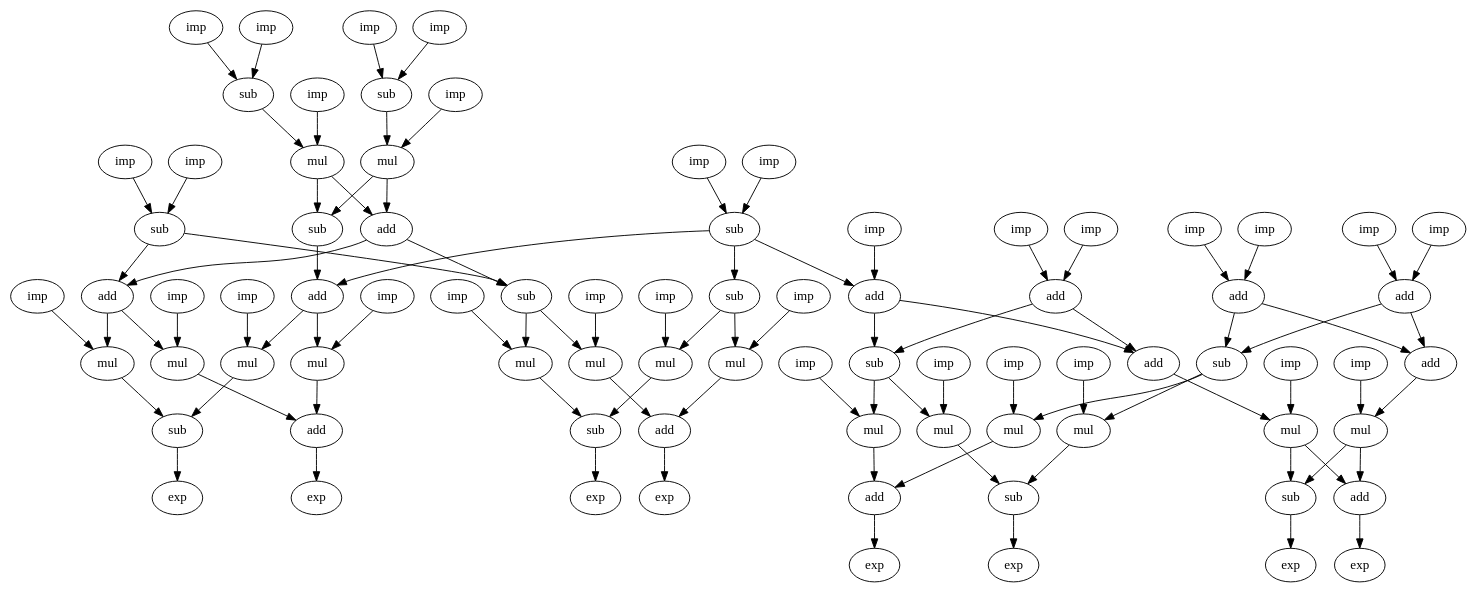
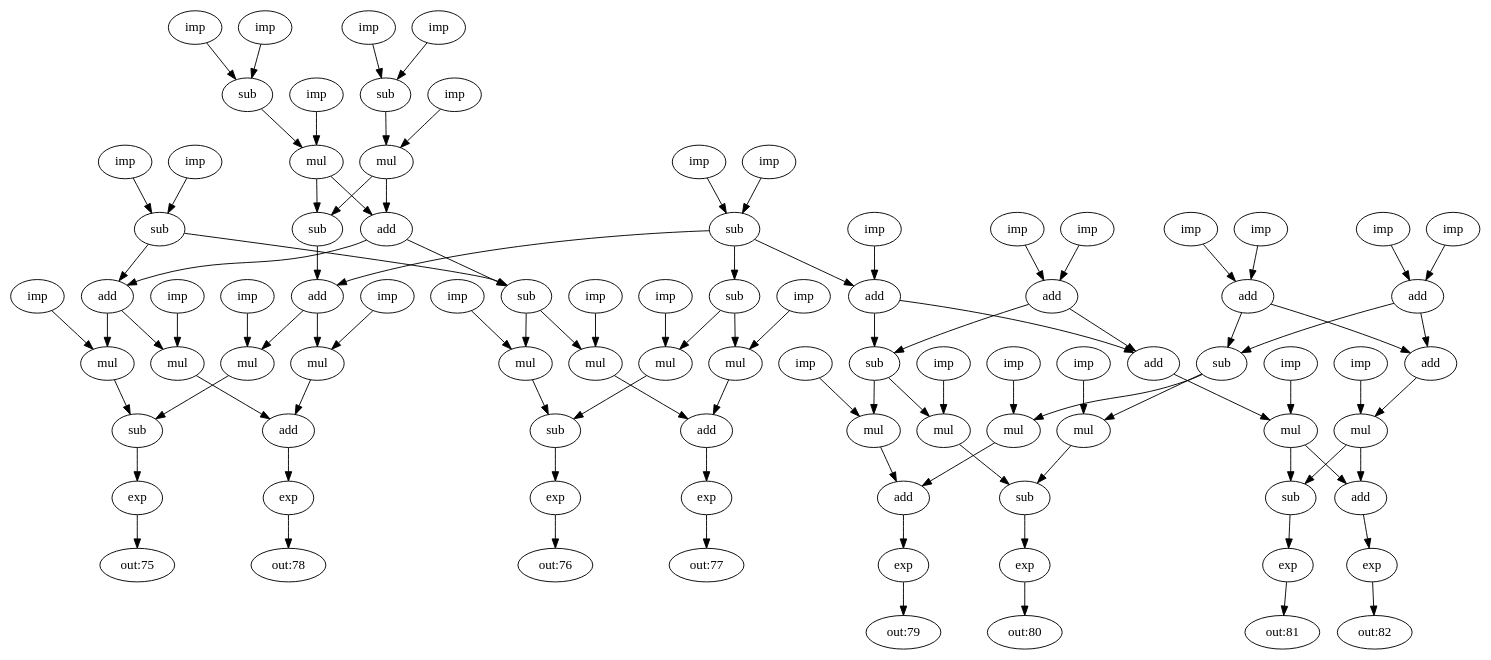
The diagram in dot_dac/cgra/cosine2.dot (canesche/nvcc_colab_icpp2020), drawn with Graphviz before and after one commit. The commit also changed 106 other files, not shown here.

```diff
--- a/dot_dac/cgra/cosine2.dot
+++ b/dot_dac/cgra/cosine2.dot
@@ -1,174 +1,190 @@
-digraph cosine2 {
-    1 [label = imp];
-    2 [label = imp];
-    3 [label = sub];
-    4 [label = imp];
-    5 [label = imp];
-    6 [label = sub];
-    7 [label = imp];
-    8 [label = imp];
-    9 [label = sub];
-    10 [label = imp];
-    11 [label = imp];
-    12 [label = sub];
-    14 [label = imp];
-    15 [label = add];
-    16 [label = imp];
-    17 [label = imp];
-    18 [label = add];
-    19 [label = imp];
-    20 [label = imp];
-    21 [label = add];
-    22 [label = imp];
-    23 [label = imp];
-    24 [label = add];
-    25 [label = imp];
-    26 [label = mul];
-    27 [label = imp];
-    28 [label = mul];
-    29 [label = add];
-    30 [label = sub];
-    31 [label = add];
-    32 [label = sub];
-    33 [label = sub];
-    34 [label = add];
-    35 [label = imp];
-    36 [label = mul];
-    37 [label = imp];
-    38 [label = mul];
-    39 [label = imp];
-    40 [label = mul];
-    41 [label = imp];
-    42 [label = mul];
-    43 [label = imp];
-    44 [label = mul];
-    45 [label = imp];
-    46 [label = mul];
-    47 [label = imp];
-    48 [label = mul];
-    49 [label = imp];
-    50 [label = mul];
-    51 [label = sub];
-    52 [label = sub];
-    53 [label = add];
-    54 [label = add];
-    55 [label = sub];
-    56 [label = sub];
-    57 [label = add];
-    58 [label = add];
-    59 [label = imp];
-    60 [label = mul];
-    61 [label = imp];
-    62 [label = mul];
-    63 [label = imp];
-    64 [label = mul];
-    65 [label = imp];
-    66 [label = mul];
-    67 [label = imp];
-    68 [label = mul];
-    69 [label = imp];
-    70 [label = mul];
-    71 [label = add];
-    72 [label = sub];
-    73 [label = sub];
-    74 [label = add];
-    75 [label = exp];
-    76 [label = exp];
-    77 [label = exp];
-    78 [label = exp];
-    79 [label = exp];
-    80 [label = exp];
-    81 [label = exp];
-    82 [label = exp];
-    1 -> 3 [name=1];
-    2 -> 3 [name=2];
-    3 -> 31 [name=3];
-    3 -> 32 [name=4]; 
-    4 -> 6 [name=5];
-    5 -> 6 [name=6];
-    6 -> 26 [name=7];
-    7 -> 9 [name=8];
-    8 -> 9 [name=9];
-    9 -> 28 [name=10];
-    10 -> 12 [name=11];
-    11 -> 12 [name=12];
-    12 -> 34 [name=13];
-    12 -> 33 [name=14];
-    12 -> 15 [name=15];
-    14 -> 15 [name=16];
-    15 -> 55 [name=17];
-    15 -> 58 [name=18];
-    16 -> 18 [name=19];
-    17 -> 18 [name=20];
-    18 -> 57 [name=21];
-    18 -> 56 [name=22];
-    19 -> 21 [name=23];
-    20 -> 21 [name=24];
-    21 -> 57 [name=25];
-    21 -> 56 [name=26];
-    22 -> 24 [name=27];
-    23 -> 24 [name=28];
-    24 -> 55 [name=29];
-    24 -> 58 [name=30];
-    25 -> 26 [name=31];
-    26 -> 30 [name=32];
-    26 -> 29 [name=33];
-    27 -> 28 [name=34];
-    28 -> 30 [name=35];
-    28 -> 29 [name=36];
-    29 -> 31 [name=37];
-    29 -> 32 [name=38];
-    30 -> 34 [name=39];
-    31 -> 36 [name=40];
-    31 -> 38 [name=41];
-    32 -> 40 [name=42];
-    32 -> 42 [name=43];
-    33 -> 44 [name=44];
-    33 -> 46 [name=45];
-    34 -> 48 [name=46];
-    34 -> 50 [name=47];
-    35 -> 36 [name=48];
-    36 -> 51 [name=49];
-    37 -> 38 [name=50];
-    38 -> 54 [name=51];
-    39 -> 40 [name=52];
-    40 -> 52 [name=53];
-    41 -> 42 [name=54];
-    42 -> 53 [name=55];
-    43 -> 44 [name=56];
-    44 -> 52 [name=57];
-    45 -> 46 [name=58];
-    46 -> 53 [name=59];
-    47 -> 48 [name=60];
-    48 -> 51 [name=61];
-    49 -> 50 [name=62];
-    50 -> 54 [name=63];
-    51 -> 75 [name=64];
-    52 -> 76 [name=65];
-    53 -> 77 [name=66];
-    54 -> 78 [name=67];
-    55 -> 60 [name=68];
-    55 -> 62 [name=69];
-    56 -> 66 [name=70];
-    56 -> 64 [name=71];
-    57 -> 68 [name=72];
-    58 -> 70 [name=73];
-    59 -> 60 [name=74];
-    60 -> 71 [name=75];
-    61 -> 62 [name=76];
-    62 -> 72 [name=77];
-    63 -> 64 [name=78];
-    64 -> 71 [name=79];
-    65 -> 66 [name=80];
-    66 -> 72 [name=81];
-    67 -> 68 [name=82];
-    68 -> 73 [name=83];
-    68 -> 74 [name=84];
-    69 -> 70 [name=85];
-    70 -> 73 [name=86];
-    70 -> 74 [name=87];
-    71 -> 79 [name=88];
-    72 -> 80 [name=89];
-    73 -> 81 [name=90];
-    74 -> 82 [name=91];
+strict digraph "cosine2" {
+1 [label=imp];
+2 [label=imp];
+3 [label=sub];
+4 [label=imp];
+5 [label=imp];
+6 [label=sub];
+7 [label=imp];
+8 [label=imp];
+9 [label=sub];
+10 [label=imp];
+11 [label=imp];
+12 [label=sub];
+14 [label=imp];
+15 [label=add];
+16 [label=imp];
+17 [label=imp];
+18 [label=add];
+19 [label=imp];
+20 [label=imp];
+21 [label=add];
+22 [label=imp];
+23 [label=imp];
+24 [label=add];
+25 [label=imp];
+26 [label=mul];
+27 [label=imp];
+28 [label=mul];
+29 [label=add];
+30 [label=sub];
+31 [label=add];
+32 [label=sub];
+33 [label=sub];
+34 [label=add];
+35 [label=imp];
+36 [label=mul];
+37 [label=imp];
+38 [label=mul];
+39 [label=imp];
+40 [label=mul];
+41 [label=imp];
+42 [label=mul];
+43 [label=imp];
+44 [label=mul];
+45 [label=imp];
+46 [label=mul];
+47 [label=imp];
+48 [label=mul];
+49 [label=imp];
+50 [label=mul];
+51 [label=sub];
+52 [label=sub];
+53 [label=add];
+54 [label=add];
+55 [label=sub];
+56 [label=sub];
+57 [label=add];
+58 [label=add];
+59 [label=imp];
+60 [label=mul];
+61 [label=imp];
+62 [label=mul];
+63 [label=imp];
+64 [label=mul];
+65 [label=imp];
+66 [label=mul];
+67 [label=imp];
+68 [label=mul];
+69 [label=imp];
+70 [label=mul];
+71 [label=add];
+72 [label=sub];
+73 [label=sub];
+74 [label=add];
+75 [label=exp];
+76 [label=exp];
+77 [label=exp];
+78 [label=exp];
+79 [label=exp];
+80 [label=exp];
+81 [label=exp];
+82 [label=exp];
+"out:75";
+"out:76";
+"out:77";
+"out:78";
+"out:79";
+"out:80";
+"out:81";
+"out:82";
+1 -> 3  [name=1];
+2 -> 3  [name=2];
+3 -> 31  [name=3];
+3 -> 32  [name=4];
+4 -> 6  [name=5];
+5 -> 6  [name=6];
+6 -> 26  [name=7];
+7 -> 9  [name=8];
+8 -> 9  [name=9];
+9 -> 28  [name=10];
+10 -> 12  [name=11];
+11 -> 12  [name=12];
+12 -> 34  [name=13];
+12 -> 33  [name=14];
+12 -> 15  [name=15];
+14 -> 15  [name=16];
+15 -> 55  [name=17];
+15 -> 58  [name=18];
+16 -> 18  [name=19];
+17 -> 18  [name=20];
+18 -> 57  [name=21];
+18 -> 56  [name=22];
+19 -> 21  [name=23];
+20 -> 21  [name=24];
+21 -> 57  [name=25];
+21 -> 56  [name=26];
+22 -> 24  [name=27];
+23 -> 24  [name=28];
+24 -> 55  [name=29];
+24 -> 58  [name=30];
+25 -> 26  [name=31];
+26 -> 30  [name=32];
+26 -> 29  [name=33];
+27 -> 28  [name=34];
+28 -> 30  [name=35];
+28 -> 29  [name=36];
+29 -> 31  [name=37];
+29 -> 32  [name=38];
+30 -> 34  [name=39];
+31 -> 36  [name=40];
+31 -> 38  [name=41];
+32 -> 40  [name=42];
+32 -> 42  [name=43];
+33 -> 44  [name=44];
+33 -> 46  [name=45];
+34 -> 48  [name=46];
+34 -> 50  [name=47];
+35 -> 36  [name=48];
+36 -> 51  [name=49];
+37 -> 38  [name=50];
+38 -> 54  [name=51];
+39 -> 40  [name=52];
+40 -> 52  [name=53];
+41 -> 42  [name=54];
+42 -> 53  [name=55];
+43 -> 44  [name=56];
+44 -> 52  [name=57];
+45 -> 46  [name=58];
+46 -> 53  [name=59];
+47 -> 48  [name=60];
+48 -> 51  [name=61];
+49 -> 50  [name=62];
+50 -> 54  [name=63];
+51 -> 75  [name=64];
+52 -> 76  [name=65];
+53 -> 77  [name=66];
+54 -> 78  [name=67];
+55 -> 60  [name=68];
+55 -> 62  [name=69];
+56 -> 66  [name=70];
+56 -> 64  [name=71];
+57 -> 68  [name=72];
+58 -> 70  [name=73];
+59 -> 60  [name=74];
+60 -> 71  [name=75];
+61 -> 62  [name=76];
+62 -> 72  [name=77];
+63 -> 64  [name=78];
+64 -> 71  [name=79];
+65 -> 66  [name=80];
+66 -> 72  [name=81];
+67 -> 68  [name=82];
+68 -> 73  [name=83];
+68 -> 74  [name=84];
+69 -> 70  [name=85];
+70 -> 73  [name=86];
+70 -> 74  [name=87];
+71 -> 79  [name=88];
+72 -> 80  [name=89];
+73 -> 81  [name=90];
+74 -> 82  [name=91];
+75 -> "out:75";
+76 -> "out:76";
+77 -> "out:77";
+78 -> "out:78";
+79 -> "out:79";
+80 -> "out:80";
+81 -> "out:81";
+82 -> "out:82";
 }
```
